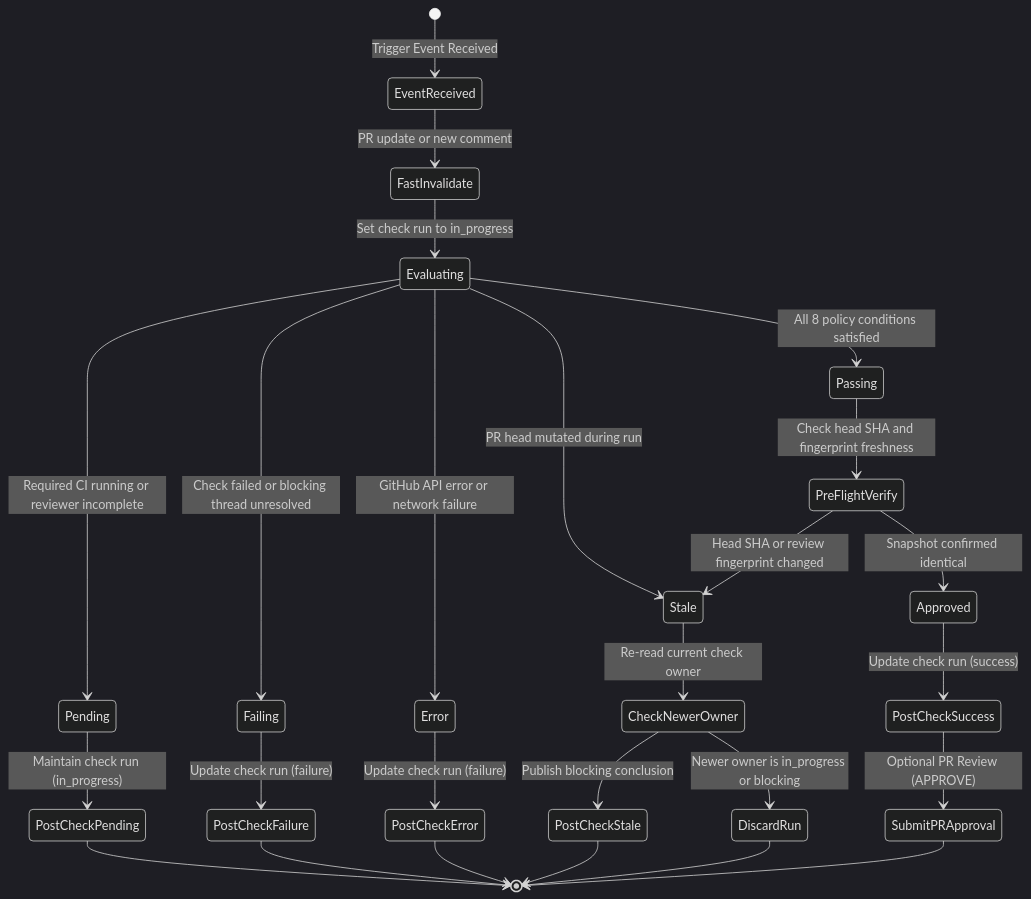
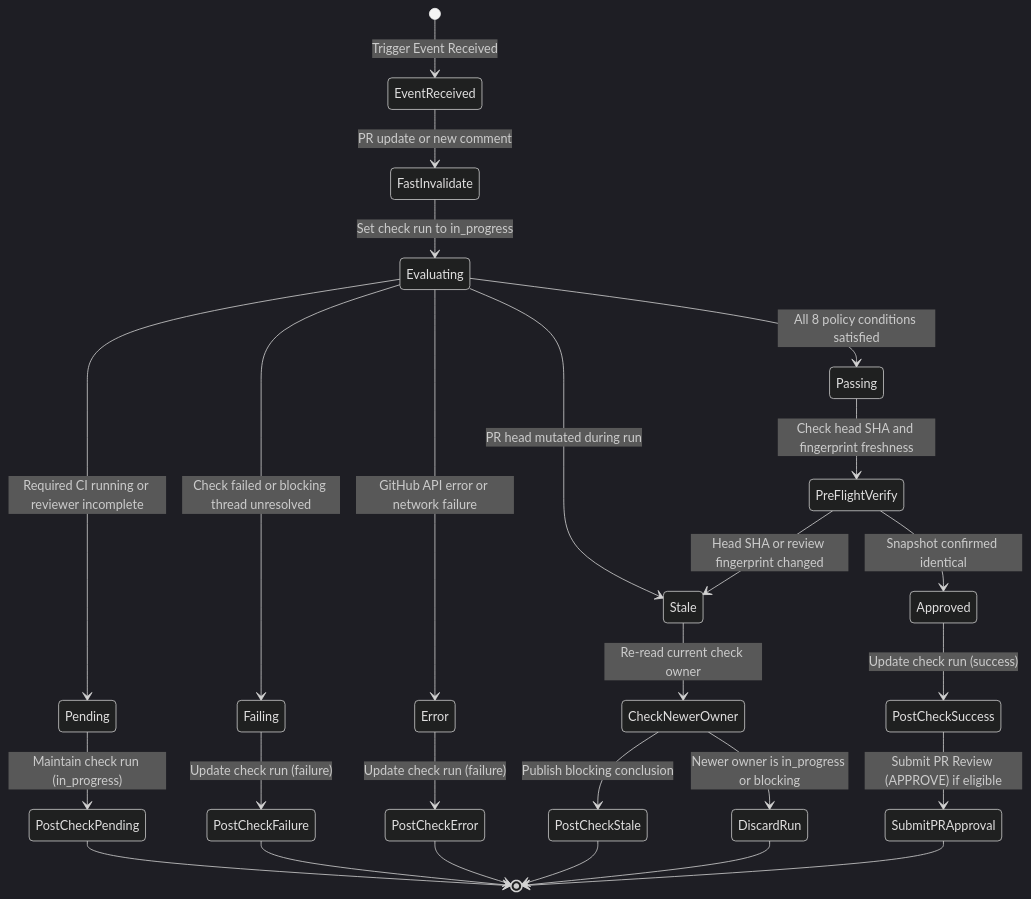
One commit to gordonpn/merge-verdict changed the diagram in docs/events-and-state.md. Above: the diagram before and after it, drawn with Mermaid (dark theme). The commit also changed 7 other files, not shown here.

````diff
--- a/docs/events-and-state.md
+++ b/docs/events-and-state.md
@@ -131,33 +131,33 @@
 ```mermaid
 stateDiagram-v2
     [*] --> EventReceived: Trigger Event Received
     EventReceived --> FastInvalidate: PR update or new comment
     FastInvalidate --> Evaluating: Set check run to in_progress
 
     Evaluating --> Pending: Required CI running or reviewer incomplete
     Evaluating --> Failing: Check failed or blocking thread unresolved
     Evaluating --> Stale: PR head mutated during run
     Evaluating --> Error: GitHub API error or network failure
     Evaluating --> Passing: All 8 policy conditions satisfied
 
     Pending --> PostCheckPending: Maintain check run (in_progress)
     Failing --> PostCheckFailure: Update check run (failure)
     Error --> PostCheckError: Update check run (failure)
     Stale --> CheckNewerOwner: Re-read current check owner
     CheckNewerOwner --> DiscardRun: Newer owner is in_progress or blocking
     CheckNewerOwner --> PostCheckStale: Publish blocking conclusion
 
     Passing --> PreFlightVerify: Check head SHA and fingerprint freshness
     PreFlightVerify --> Stale: Head SHA or review fingerprint changed
     PreFlightVerify --> Approved: Snapshot confirmed identical
 
     Approved --> PostCheckSuccess: Update check run (success)
-    PostCheckSuccess --> SubmitPRApproval: Optional PR Review (APPROVE)
+    PostCheckSuccess --> SubmitPRApproval: Submit PR Review (APPROVE) if eligible
 
     PostCheckPending --> [*]
     PostCheckFailure --> [*]
     PostCheckError --> [*]
     PostCheckStale --> [*]
     DiscardRun --> [*]
     SubmitPRApproval --> [*]
 ```
````
